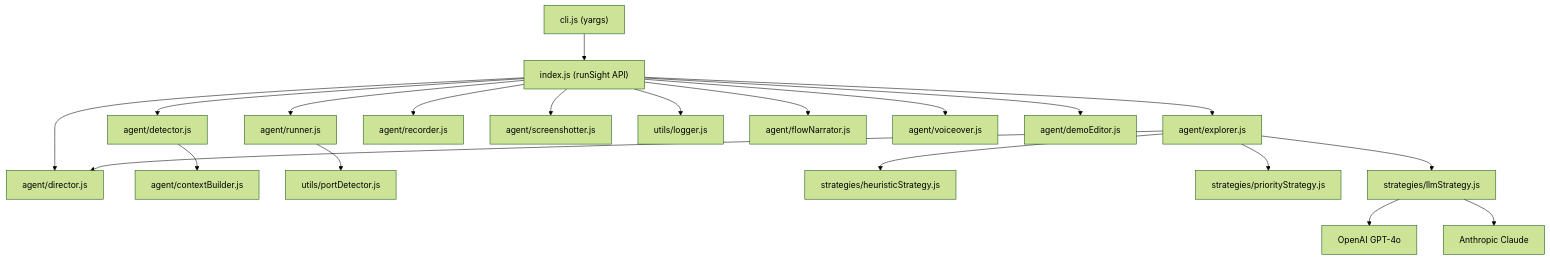
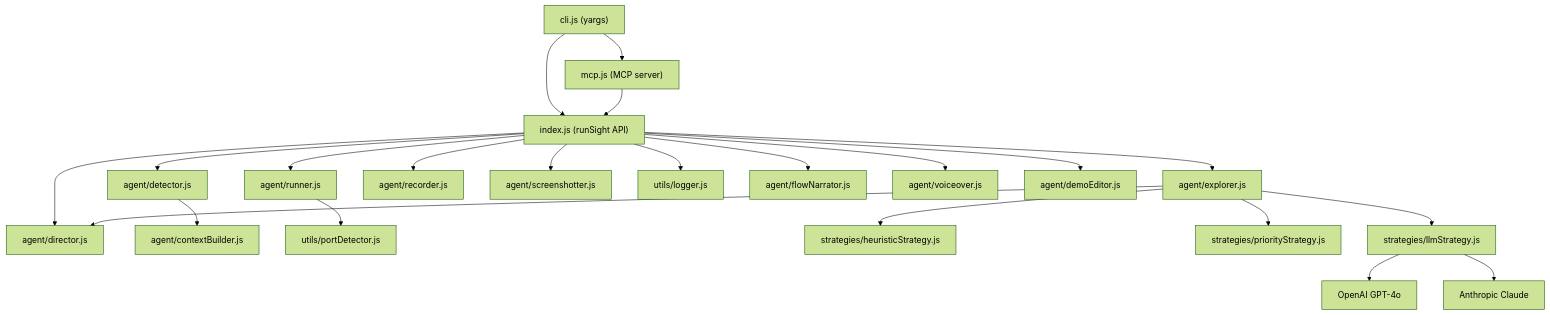
Before and after one commit to Abm32/runsight: the diagram in docs/ARCHITECTURE.md, drawn with Mermaid (forest theme). The commit also changed other lines of this file and 3 other files, not shown here.

Commit message:
docs: document custom models, MCP server and decide hook

````diff
--- a/docs/ARCHITECTURE.md
+++ b/docs/ARCHITECTURE.md
@@ -16,22 +16,24 @@
 ```mermaid
 graph TD
     CLI["cli.js (yargs)"] --> API["index.js (runSight API)"]
+    CLI --> MCP["mcp.js (MCP server)"]
+    MCP --> API
     API --> DET["agent/detector.js"]
     API --> RUN["agent/runner.js"]
     API --> EXP["agent/explorer.js"]
     API --> REC["agent/recorder.js"]
     API --> SS["agent/screenshotter.js"]
     API --> LOG["utils/logger.js"]
     API --> DIR["agent/director.js"]
     API --> NAR["agent/flowNarrator.js"]
     API --> VO["agent/voiceover.js"]
     API --> ED["agent/demoEditor.js"]
     EXP --> DIR
     DET --> CTX["agent/contextBuilder.js"]
     RUN --> PD["utils/portDetector.js"]
     EXP --> HS["strategies/heuristicStrategy.js"]
     EXP --> PS["strategies/priorityStrategy.js"]
     EXP --> LS["strategies/llmStrategy.js"]
     LS --> OAI["OpenAI GPT-4o"]
     LS --> ANT["Anthropic Claude"]
 ```
````
